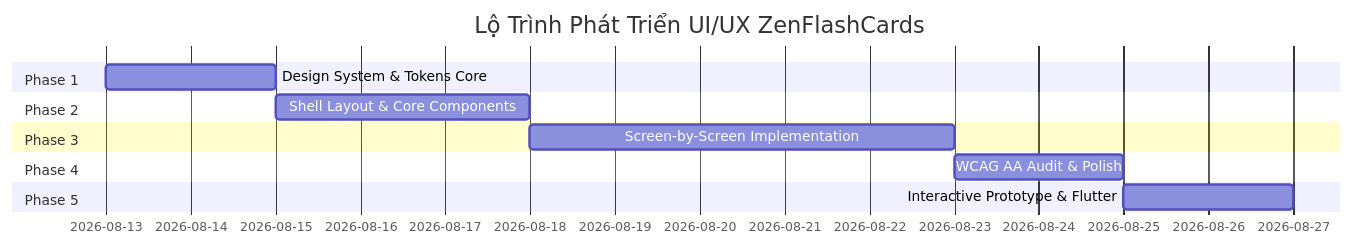
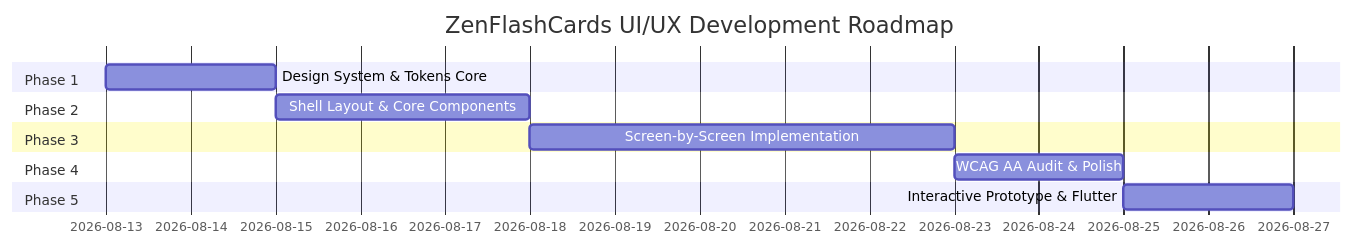
Before and after one commit to githubuser2777/ZenFlashCard: the diagram in Plan_UI/Phase_plan.md, drawn with Mermaid. The commit also changed other lines of this file and 7 other files, not shown here.

````diff
--- a/Plan_UI/Phase_plan.md
+++ b/Plan_UI/Phase_plan.md
@@ -20,15 +20,15 @@
 ```mermaid
 gantt
-    title Lộ Trình Phát Triển UI/UX ZenFlashCards
+    title ZenFlashCards UI/UX Development Roadmap
     dateFormat  YYYY-MM-DD
     section Phase 1
     Design System & Tokens Core       :p1, 2026-08-13, 2d
     section Phase 2
     Shell Layout & Core Components    :p2, after p1, 3d
     section Phase 3
     Screen-by-Screen Implementation   :p3, after p2, 5d
     section Phase 4
     WCAG AA Audit & Polish            :p4, after p3, 2d
     section Phase 5
     Interactive Prototype & Flutter   :p5, after p4, 2d
 ```
````
